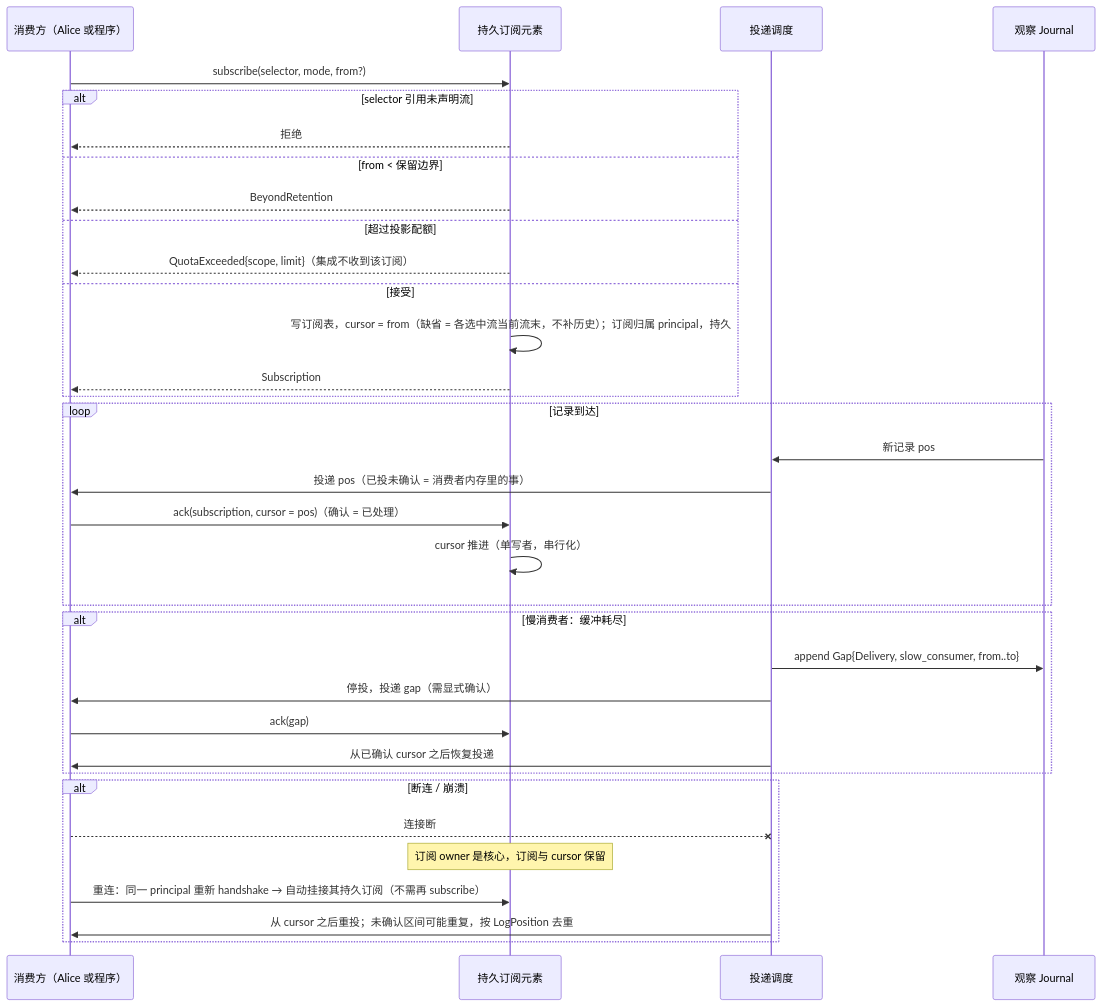
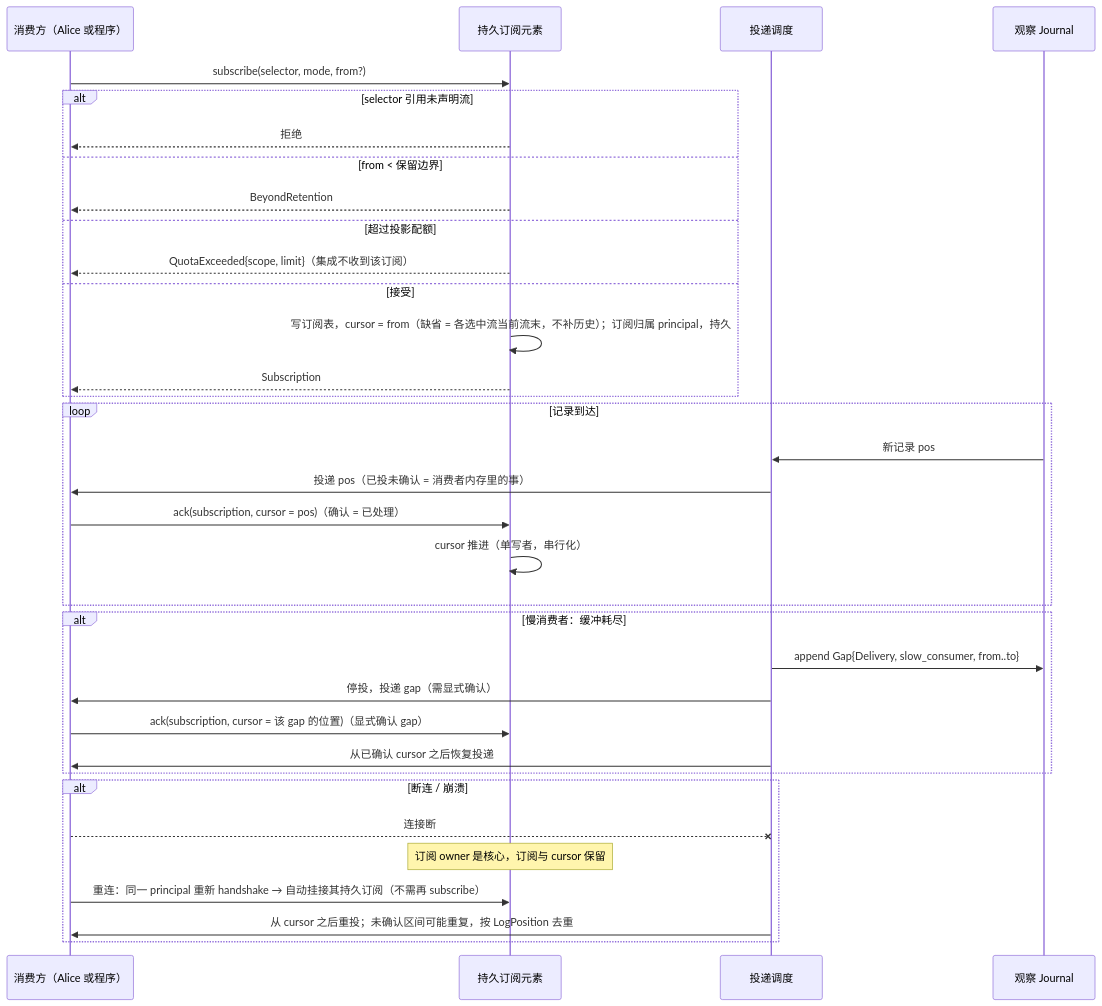
One commit to mouriya-s-lab/uta changed the fourth of 5 diagrams in design/diagrams/03-observation-ingest.md. Above: the diagram before and after it, drawn with Mermaid. The commit also changed other lines of this file and 10 other files, not shown here.

````diff
--- a/design/diagrams/03-observation-ingest.md
+++ b/design/diagrams/03-observation-ingest.md
@@ -105,36 +110,36 @@
 ```mermaid
 sequenceDiagram
   participant C as 消费方（Alice 或程序）
   participant SUB as 持久订阅元素
   participant DL as 投递调度
   participant J as 观察 Journal
   C->>SUB: subscribe(selector, mode, from?)
   alt selector 引用未声明流
     SUB-->>C: 拒绝
   else from < 保留边界
     SUB-->>C: BeyondRetention
   else 超过投影配额
     SUB-->>C: QuotaExceeded{scope, limit}（集成不收到该订阅）
   else 接受
     SUB->>SUB: 写订阅表，cursor = from（缺省 = 各选中流当前流末，不补历史）；订阅归属 principal，持久
     SUB-->>C: Subscription
   end
   loop 记录到达
     J->>DL: 新记录 pos
     DL->>C: 投递 pos（已投未确认 = 消费者内存里的事）
     C->>SUB: ack(subscription, cursor = pos)（确认 = 已处理）
     SUB->>SUB: cursor 推进（单写者，串行化）
   end
   alt 慢消费者：缓冲耗尽
     DL->>J: append Gap{Delivery, slow_consumer, from..to}
     DL->>C: 停投，投递 gap（需显式确认）
-    C->>SUB: ack(gap)
+    C->>SUB: ack(subscription, cursor = 该 gap 的位置)（显式确认 gap）
     DL->>C: 从已确认 cursor 之后恢复投递
   end
   alt 断连 / 崩溃
     C--xDL: 连接断
     Note over SUB: 订阅 owner 是核心，订阅与 cursor 保留
     C->>SUB: 重连：同一 principal 重新 handshake → 自动挂接其持久订阅（不需再 subscribe）
     DL->>C: 从 cursor 之后重投；未确认区间可能重复，按 LogPosition 去重
   end
 ```
````
